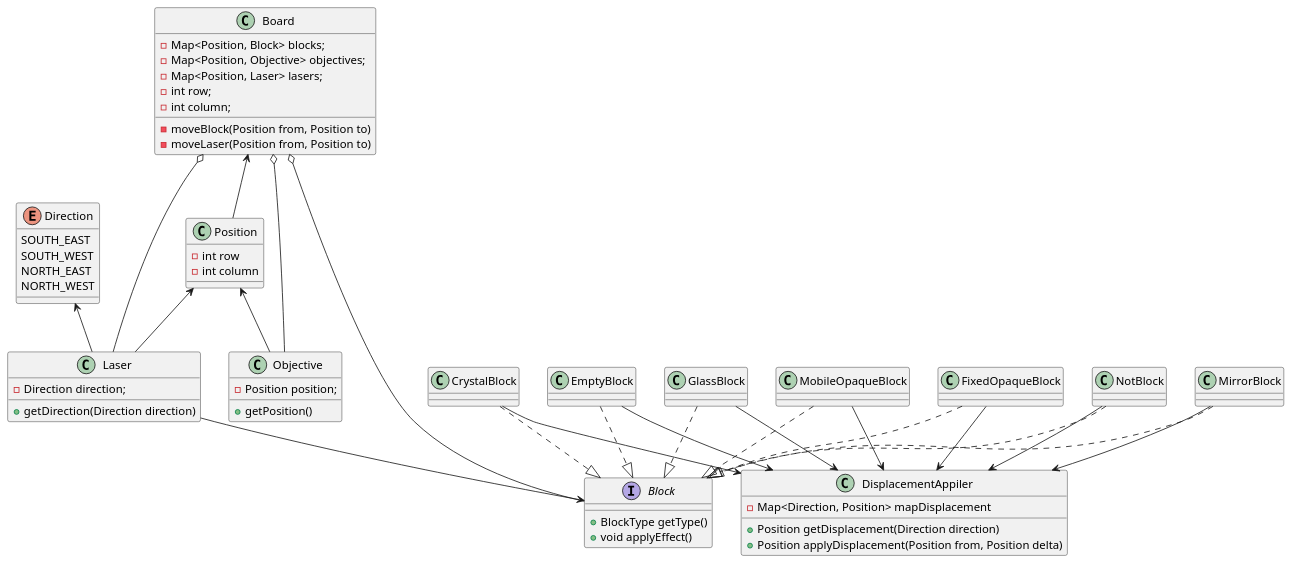
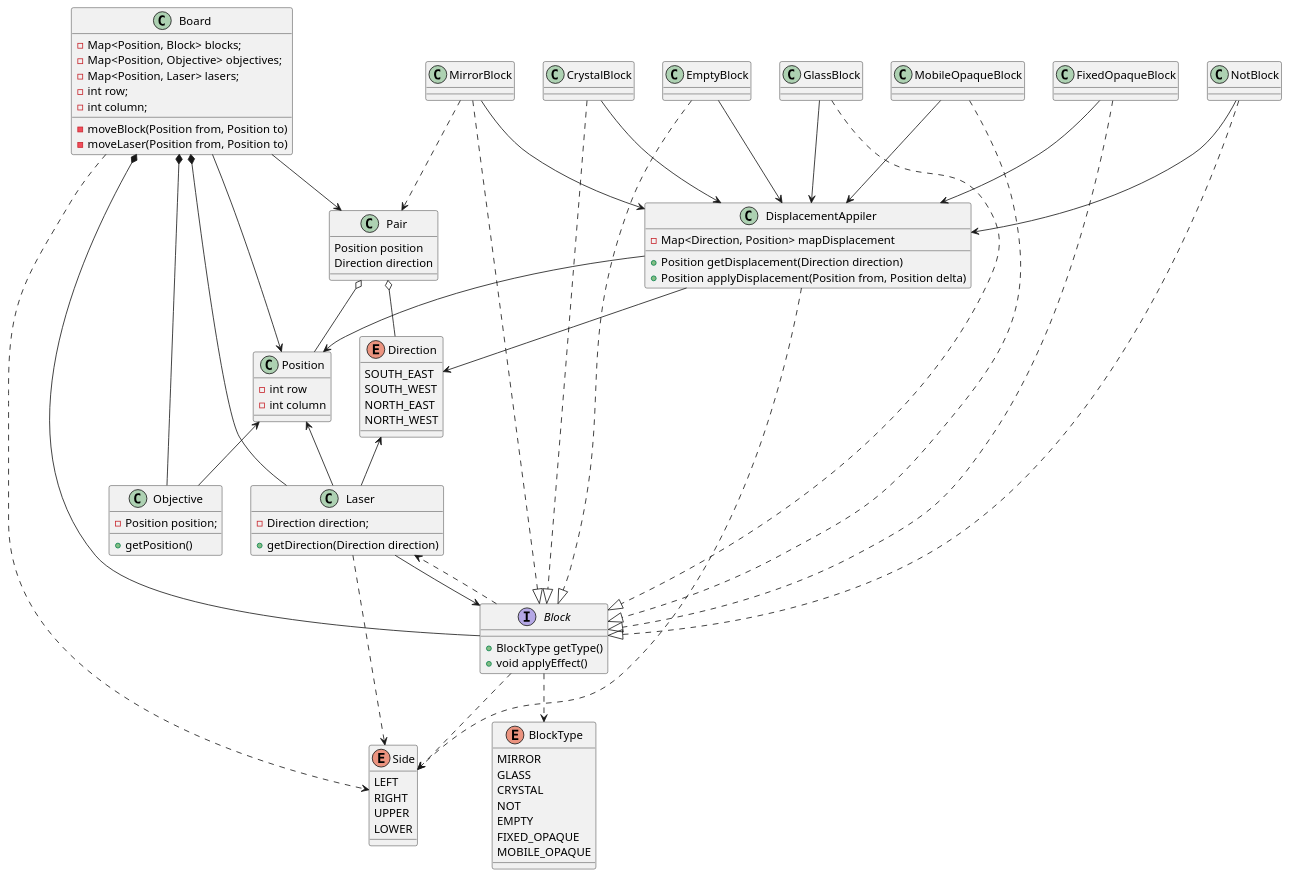
One commit to joseslavkis/Paradigmas-de-programacion changed the diagram in lasers/Diagram/ClassDiagram.puml. Above: the diagram before and after it, drawn with PlantUML.

Commit message:
agrego UML completo

```diff
--- a/lasers/Diagram/ClassDiagram.puml
+++ b/lasers/Diagram/ClassDiagram.puml
@@ -1,76 +1,106 @@
 @startuml
 
 class Position {
     - int row
     - int column
 }
 
 enum Direction {
     SOUTH_EAST
     SOUTH_WEST
     NORTH_EAST
     NORTH_WEST
 }
 
 class Board {
 - Map<Position, Block> blocks;
 - Map<Position, Objective> objectives;
 - Map<Position, Laser> lasers;
 - int row;
 - int column;
 -moveBlock(Position from, Position to)
 -moveLaser(Position from, Position to)
 }
 
+enum BlockType {
+    MIRROR
+    GLASS
+    CRYSTAL
+    NOT
+    EMPTY
+    FIXED_OPAQUE
+    MOBILE_OPAQUE
+}
+
 class Objective {
     - Position position;
     + getPosition()
 }
 
 class Laser {
     - Direction direction;
     + getDirection(Direction direction)
 }
 
 class DisplacementAppiler {
     - Map<Direction, Position> mapDisplacement
     + Position getDisplacement(Direction direction)
     + Position applyDisplacement(Position from, Position delta)
 }
 
 interface Block {
     + BlockType getType()
     + void applyEffect()
 }
 
+class Pair {
+    Position position
+    Direction direction
+}
 
+enum Side {
+    LEFT
+    RIGHT
+    UPPER
+    LOWER
+}
 
-Board o-- Objective
-Board o-- Laser
-Board o-- Block
-Board <-- Position
+Pair o-- Position
+Pair o-- Direction
+Board --> Pair
+Board *-- Objective
+Board *-- Laser
+Board *-- Block
+Board --> Position
 
 MirrorBlock ..|> Block
 CrystalBlock ..|> Block
 EmptyBlock ..|> Block
 GlassBlock ..|> Block
 MobileOpaqueBlock ..|> Block
 FixedOpaqueBlock ..|> Block
 NotBlock ..|> Block
-
+MirrorBlock ..> Pair
 Position <-- Laser
 Position <-- Objective
 
 Direction <-- Laser
 
 Laser --> Block
-
+Block ..> BlockType
 MirrorBlock --> DisplacementAppiler
 CrystalBlock --> DisplacementAppiler
 EmptyBlock --> DisplacementAppiler
 GlassBlock --> DisplacementAppiler
 MobileOpaqueBlock --> DisplacementAppiler
 FixedOpaqueBlock --> DisplacementAppiler
 NotBlock --> DisplacementAppiler
+Block ..> Laser
+Laser ..> Side
+Board ..> Side
+Block ..> Side
+DisplacementAppiler ..> Side
+DisplacementAppiler --> Position
+DisplacementAppiler --> Direction
 
 @enduml
```
